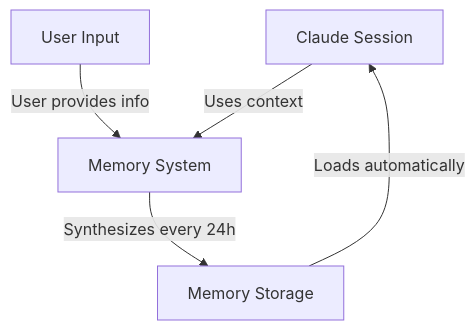
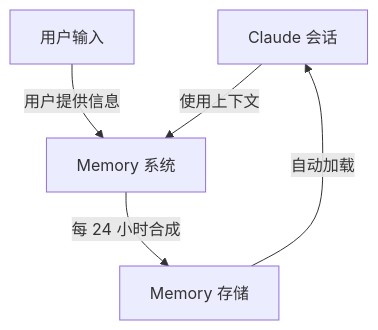
One commit to hellojoju/claude-code-lesson changed the first of 5 diagrams in 02-memory/README.md. Above: the diagram before and after it, drawn with Mermaid. The commit also changed other lines of this file and 9 other files, not shown here.

````diff
--- a/02-memory/README.md
+++ b/02-memory/README.md
@@ -218,12 +218,12 @@
 ```mermaid
 graph TB
-    A["Claude Session"]
-    B["User Input"]
-    C["Memory System"]
-    D["Memory Storage"]
+    A["Claude 会话"]
+    B["用户输入"]
+    C["Memory 系统"]
+    D["Memory 存储"]
 
-    B -->|User provides info| C
-    C -->|Synthesizes every 24h| D
-    D -->|Loads automatically| A
-    A -->|Uses context| C
+    B -->|用户提供信息| C
+    C -->|每 24 小时合成| D
+    D -->|自动加载| A
+    A -->|使用上下文| C
 ```
````
